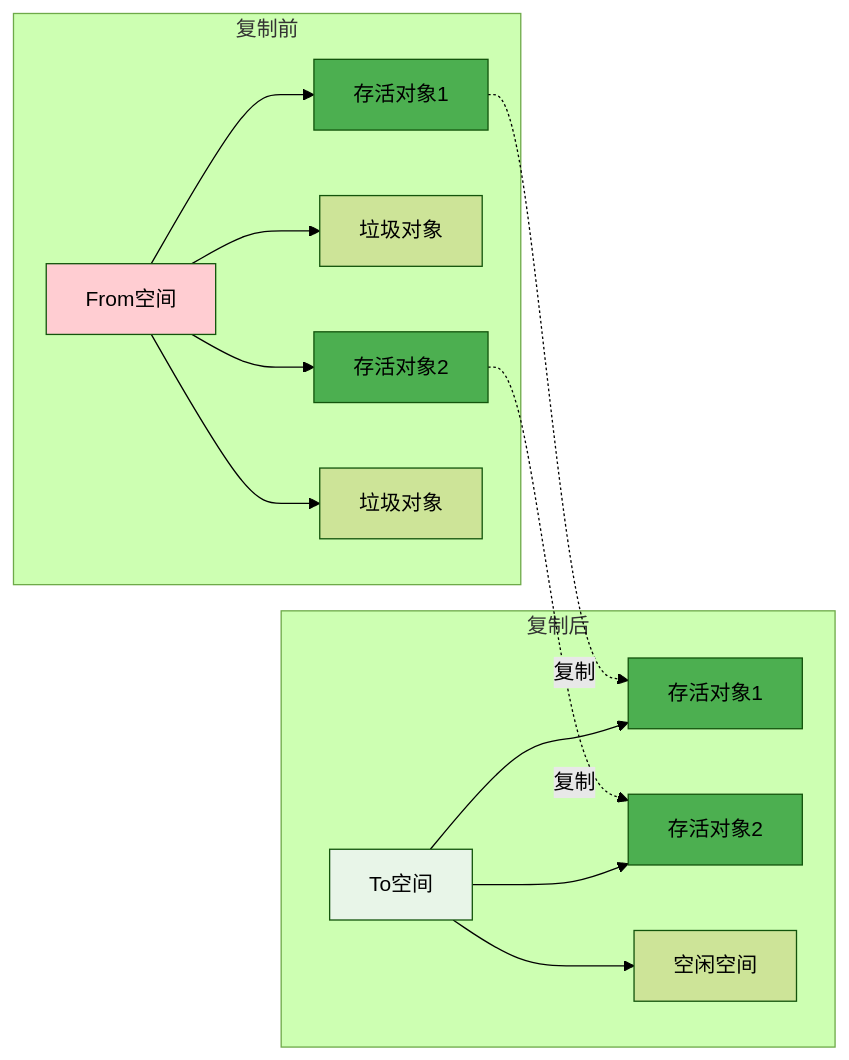
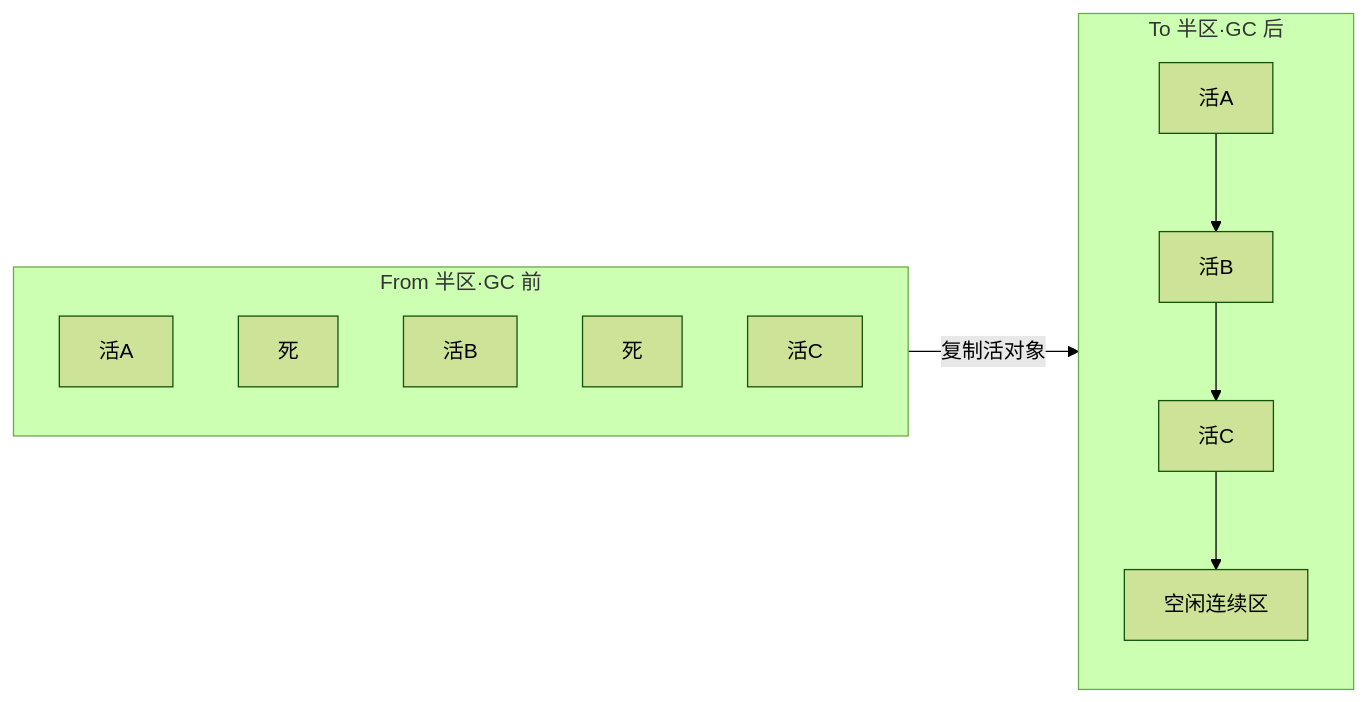
One commit to chongyang211/YCBookBlog changed the seventh of 9 diagrams in 00.通用技术的提升/02.程序编程原理/04.第4卷-内存的真相/33.内存回收机制设计.md. Above: the diagram before and after it, drawn with Mermaid (forest theme). The commit also changed other lines of this file and 1 other file, not shown here.

````diff
--- a/00.通用技术的提升/02.程序编程原理/04.第4卷-内存的真相/33.内存回收机制设计.md
+++ b/00.通用技术的提升/02.程序编程原理/04.第4卷-内存的真相/33.内存回收机制设计.md
@@ -686,27 +733,14 @@
 ```mermaid
-graph LR
-    subgraph "复制前"
-        A[From空间]
-        A --> A1[存活对象1]
-        A --> A2[垃圾对象]
-        A --> A3[存活对象2]
-        A --> A4[垃圾对象]
+flowchart LR
+    subgraph From[From 半区·GC 前]
+        F1[活A]
+        F2[死]
+        F3[活B]
+        F4[死]
+        F5[活C]
     end
-    
-    subgraph "复制后"
-        B[To空间]
-        B --> B1[存活对象1]
-        B --> B2[存活对象2]
-        B --> B3[空闲空间]
+    subgraph To[To 半区·GC 后]
+        T1[活A] --> T2[活B] --> T3[活C] --> T4[空闲连续区]
     end
-    
-    A1 -.复制.-> B1
-    A3 -.复制.-> B2
-    
-    style A fill:#ffcdd2
-    style B fill:#e8f5e8
-    style A1 fill:#4caf50
-    style A3 fill:#4caf50
-    style B1 fill:#4caf50
-    style B2 fill:#4caf50
+    From -->|复制活对象| To
 ```
````
